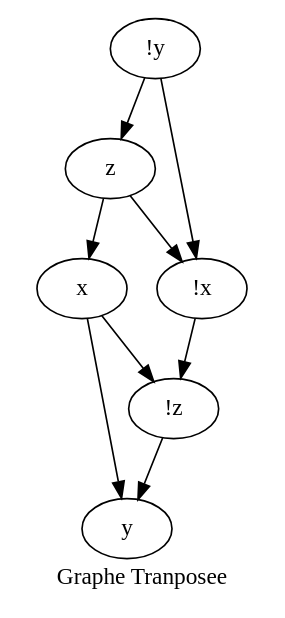
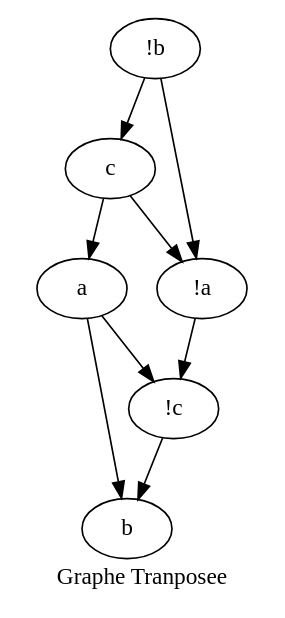
One commit to H4znow/_2-SAT_Problem changed the diagram in src/main/resources/dot/graphTranspose.DOT. Above: the diagram before and after it, drawn with Graphviz. The commit also changed 12 other files, not shown here.

```diff
--- a/src/main/resources/dot/graphTranspose.DOT
+++ b/src/main/resources/dot/graphTranspose.DOT
@@ -1,12 +1,12 @@
 digraph {
 label="Graphe Tranposee";
 
-" z"  -> " x";
-" x"  -> " y";
-"!z"  -> " y";
-"!y"  -> " z";
-" z"  -> "!x";
-"!y"  -> "!x";
-" x"  -> "!z";
-"!x"  -> "!z";
+" c"  -> " a";
+" a"  -> " b";
+"!c"  -> " b";
+"!b"  -> " c";
+" c"  -> "!a";
+"!b"  -> "!a";
+" a"  -> "!c";
+"!a"  -> "!c";
 }
```
